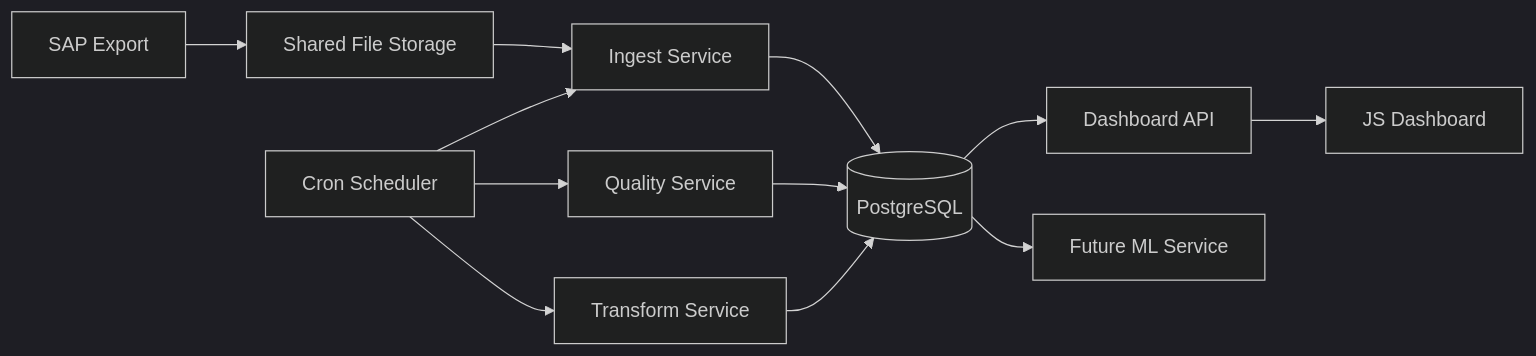
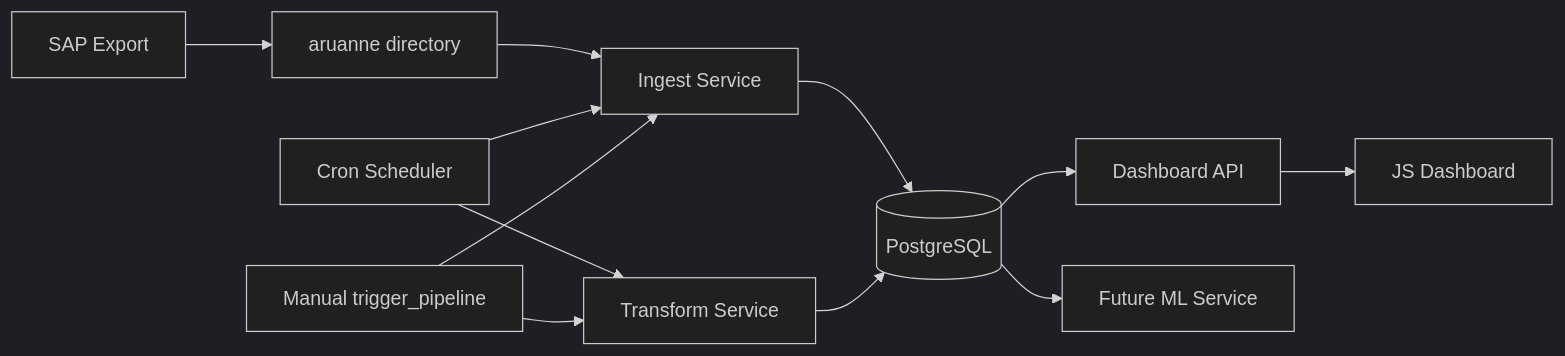
The diagram in docs/it_arhitektuur/02_komponent_diagram.md (joosephook/andmeinseneeria-projekt), drawn with Mermaid (dark theme) before and after one commit. The commit also changed other lines of this file and 13 other files, not shown here.

````diff
--- a/docs/it_arhitektuur/02_komponent_diagram.md
+++ b/docs/it_arhitektuur/02_komponent_diagram.md
@@ -17,14 +17,14 @@
 ```mermaid
 flowchart LR
-    SAP[SAP Export] --> FS[Shared File Storage]
+    SAP[SAP Export] --> FS[aruanne directory]
     FS --> INGEST[Ingest Service]
     SCHED[Cron Scheduler] --> INGEST
-    SCHED --> QUALITY[Quality Service]
     SCHED --> TRANSFORM[Transform Service]
+    TRIGGER[Manual trigger_pipeline] --> INGEST
+    TRIGGER --> TRANSFORM
     INGEST --> DB[(PostgreSQL)]
-    QUALITY --> DB
     TRANSFORM --> DB
     DB --> API[Dashboard API]
     API --> UI[JS Dashboard]
     DB --> ML[Future ML Service]
 ```
````
